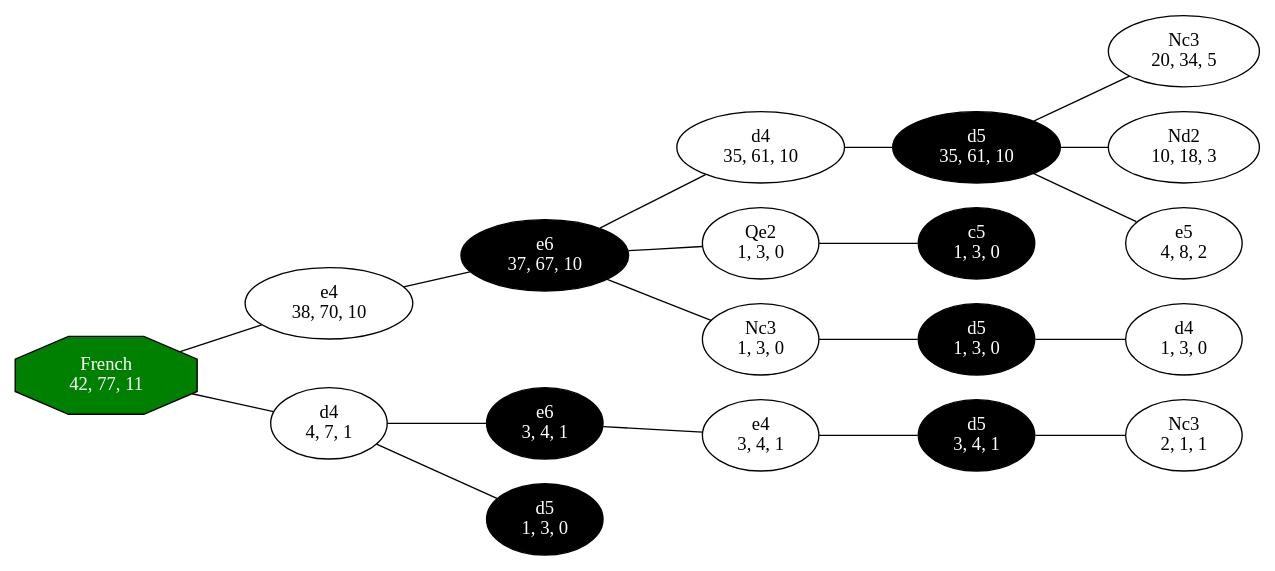
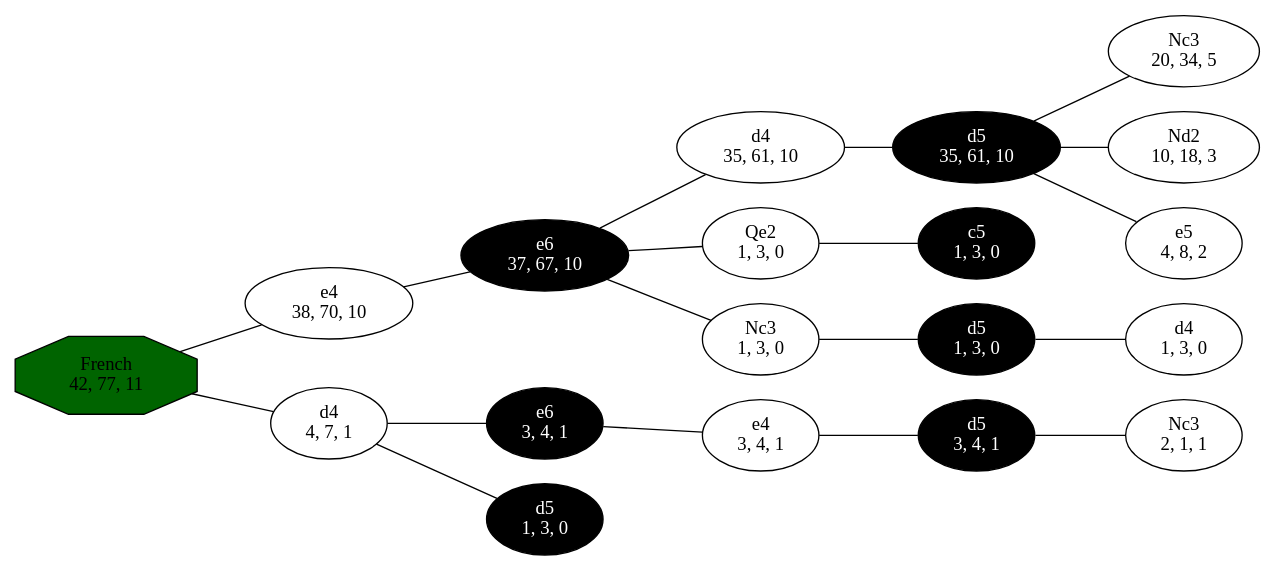
One commit to torbvat/PerfEngAssignment2 changed the diagram in Datafiles/FrenchOpening.dot. Above: the diagram before and after it, drawn with Graphviz. The commit also changed 15 other files, not shown here.

```diff
--- a/Datafiles/FrenchOpening.dot
+++ b/Datafiles/FrenchOpening.dot
@@ -1,61 +1,61 @@
 graph ChessOpenings {
 	rankdir="LR";
 	0 [label = "French
 42, 77, 11", style = filled, fillcolor = black, fontcolor = white]; 
 	1 [label = "e4
 38, 70, 10"]; 
 	2 [label = "e6
 37, 67, 10", style = filled, fillcolor = black, fontcolor = white]; 
 	3 [label = "d4
 35, 61, 10"]; 
 	4 [label = "d5
 35, 61, 10", style = filled, fillcolor = black, fontcolor = white]; 
 	5 [label = "Nc3
 20, 34, 5"]; 
 	6 [label = "Qe2
 1, 3, 0"]; 
 	7 [label = "c5
 1, 3, 0", style = filled, fillcolor = black, fontcolor = white]; 
 	9 [label = "Nd2
 10, 18, 3"]; 
 	10 [label = "e5
 4, 8, 2"]; 
 	11 [label = "Nc3
 1, 3, 0"]; 
 	12 [label = "d5
 1, 3, 0", style = filled, fillcolor = black, fontcolor = white]; 
 	13 [label = "d4
 1, 3, 0"]; 
 	14 [label = "d4
 4, 7, 1"]; 
 	15 [label = "e6
 3, 4, 1", style = filled, fillcolor = black, fontcolor = white]; 
 	16 [label = "e4
 3, 4, 1"]; 
 	17 [label = "d5
 3, 4, 1", style = filled, fillcolor = black, fontcolor = white]; 
 	18 [label = "Nc3
 2, 1, 1"]; 
 	23 [label = "d5
 1, 3, 0", style = filled, fillcolor = black, fontcolor = white]; 
 	0 -- 1;
 	1 -- 2;
 	2 -- 3;
 	3 -- 4;
 	4 -- 5;
 	2 -- 6;
 	6 -- 7;
 	4 -- 9;
 	4 -- 10;
 	2 -- 11;
 	11 -- 12;
 	12 -- 13;
 	0 -- 14;
 	14 -- 15;
 	15 -- 16;
 	16 -- 17;
 	17 -- 18;
 	14 -- 23;
 	0 [label = "French
-42, 77, 11", shape = octagon, style = filled, fillcolor = green, fontcolor = white]; 
+42, 77, 11", shape = octagon, style = filled, fillcolor = darkgreen, fontcolor = black]; 
 }
```
